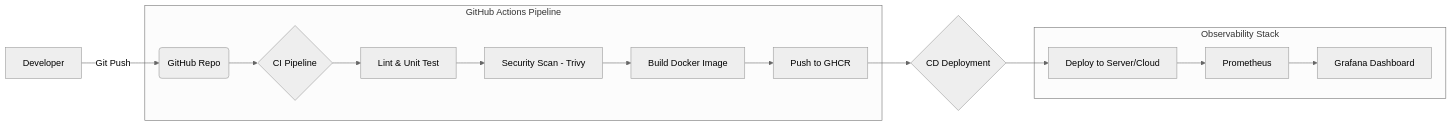
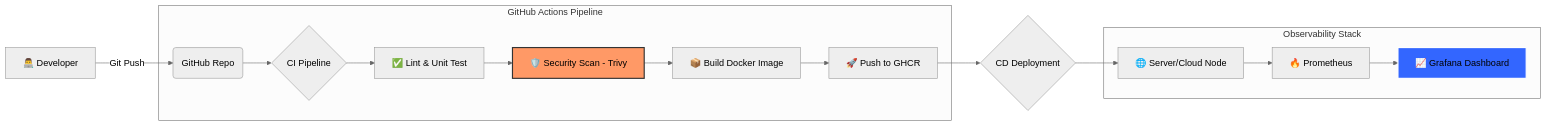
One commit to ZENCalbee-010/Sentinella-Ops changed the diagram in README.md. Above: the diagram before and after it, drawn with Mermaid (neutral theme). The commit also changed other lines of this file and 1 other file, not shown here.

````diff
--- a/README.md
+++ b/README.md
@@ -11,17 +27,20 @@
 ```mermaid
 graph LR
-    A[Developer] -->|Git Push| B(GitHub Repo)
+    A[👨‍💻 Developer] -->|Git Push| B(GitHub Repo)
     subgraph GitHub Actions Pipeline
     B --> C{CI Pipeline}
-    C --> D[Lint & Unit Test]
-    D --> E[Security Scan - Trivy]
-    E --> F[Build Docker Image]
-    F --> G[Push to GHCR]
+    C --> D[✅ Lint & Unit Test]
+    D --> E[🛡️ Security Scan - Trivy]
+    E --> F[📦 Build Docker Image]
+    F --> G[🚀 Push to GHCR]
     end
     G --> H{CD Deployment}
-    H --> I[Deploy to Server/Cloud]
+    H --> I[🌐 Server/Cloud Node]
     subgraph Observability Stack
-    I --> J[Prometheus]
-    J --> K[Grafana Dashboard]
+    I --> J[🔥 Prometheus]
+    J --> K[📈 Grafana Dashboard]
     end
+    
+    style E fill:#f96,stroke:#333,stroke-width:2px
+    style K fill:#36f,stroke:#fff,stroke-width:2px
 ```
````
